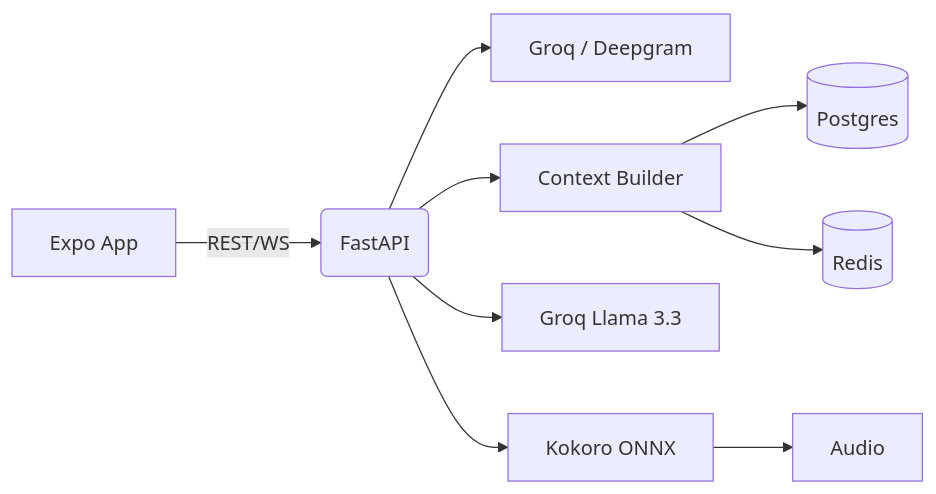
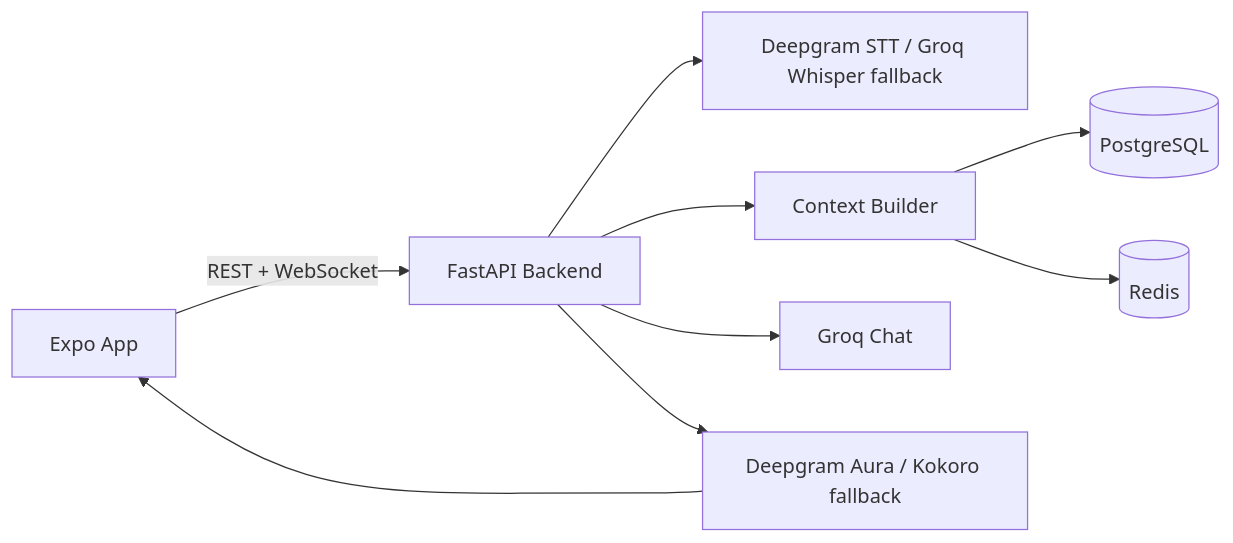
The diagram in README.md (Yamatoeth/mobileapp), drawn with Mermaid before and after one commit. The commit also changed other lines of this file and 7 other files, not shown here.

````diff
--- a/README.md
+++ b/README.md
@@ -17,11 +15,11 @@
 ```mermaid
 graph LR
-    UI[Expo App] -->|REST/WS| API(FastAPI)
-    API --> STT[Groq / Deepgram]
-    API --> CTX[Context Builder]
-    CTX --> DB[(Postgres)]
-    CTX --> Redis[(Redis)]
-    API --> LLM[Groq Llama 3.3]
-    API --> TTS[Kokoro ONNX]
-    TTS --> Audio
+    App[Expo App] -->|REST + WebSocket| API[FastAPI Backend]
+    API --> STT[Deepgram STT / Groq Whisper fallback]
+    API --> Context[Context Builder]
+    Context --> Postgres[(PostgreSQL)]
+    Context --> Redis[(Redis)]
+    API --> LLM[Groq Chat]
+    API --> TTS[Deepgram Aura / Kokoro fallback]
+    TTS --> App
 ```
````
